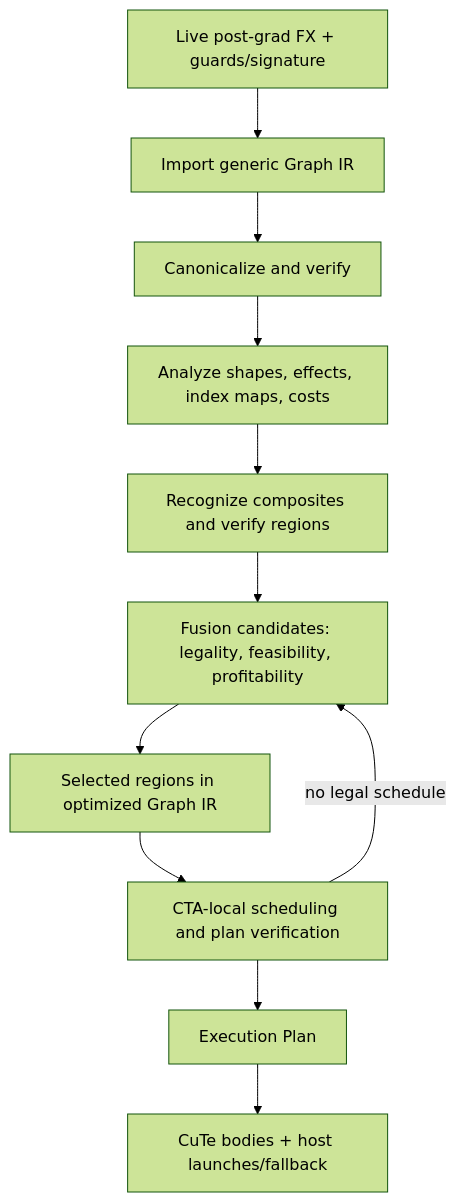
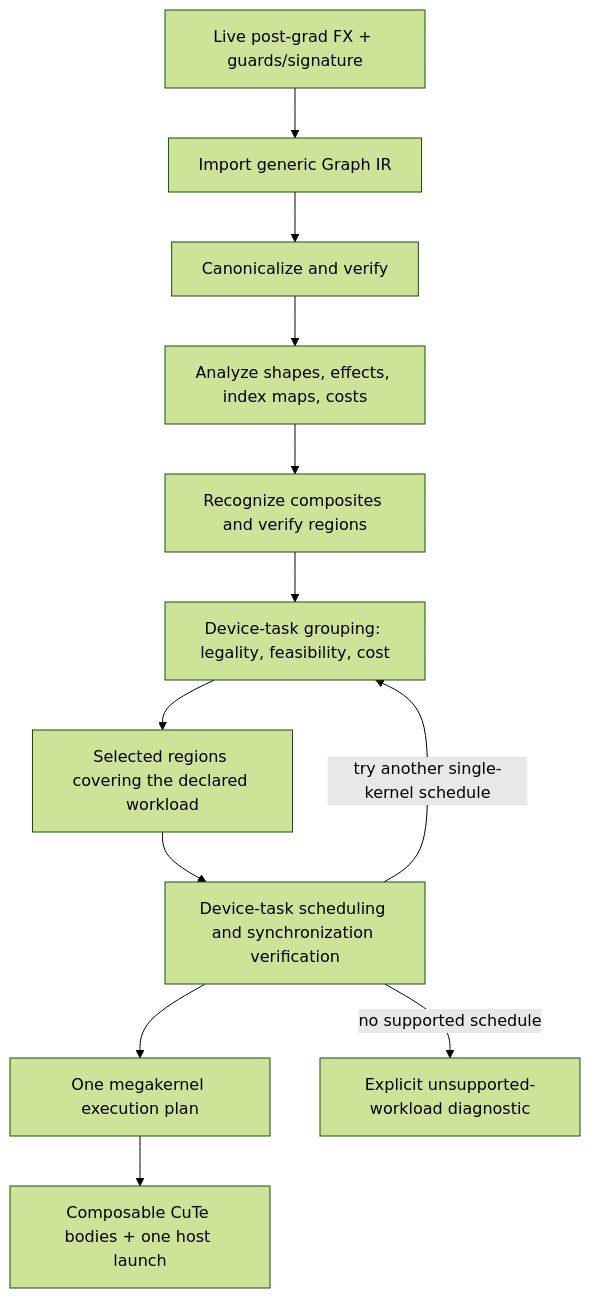
Before and after one commit to megabake/megabake: the diagram in ARCHITECTURE.md, drawn with Mermaid (forest theme). The commit also changed other lines of this file, not shown here.

````diff
--- a/ARCHITECTURE.md
+++ b/ARCHITECTURE.md
@@ -11,13 +15,14 @@
 ```mermaid
 flowchart TD
     FX[Live post-grad FX + guards/signature] --> IMP[Import generic Graph IR]
     IMP --> CAN[Canonicalize and verify]
     CAN --> ANA[Analyze shapes, effects, index maps, costs]
     ANA --> PAT[Recognize composites and verify regions]
-    PAT --> OPT[Fusion candidates: legality, feasibility, profitability]
-    OPT --> OIR[Selected regions in optimized Graph IR]
-    OIR --> SCH[CTA-local scheduling and plan verification]
-    SCH --> PLAN[Execution Plan]
-    PLAN --> CUTE[CuTe bodies + host launches/fallback]
-    SCH -- no legal schedule --> OPT
+    PAT --> OPT[Device-task grouping: legality, feasibility, cost]
+    OPT --> OIR[Selected regions covering the declared workload]
+    OIR --> SCH[Device-task scheduling and synchronization verification]
+    SCH --> PLAN[One megakernel execution plan]
+    PLAN --> CUTE[Composable CuTe bodies + one host launch]
+    SCH -- try another single-kernel schedule --> OPT
+    SCH -- no supported schedule --> ERR[Explicit unsupported-workload diagnostic]
 ```
````
